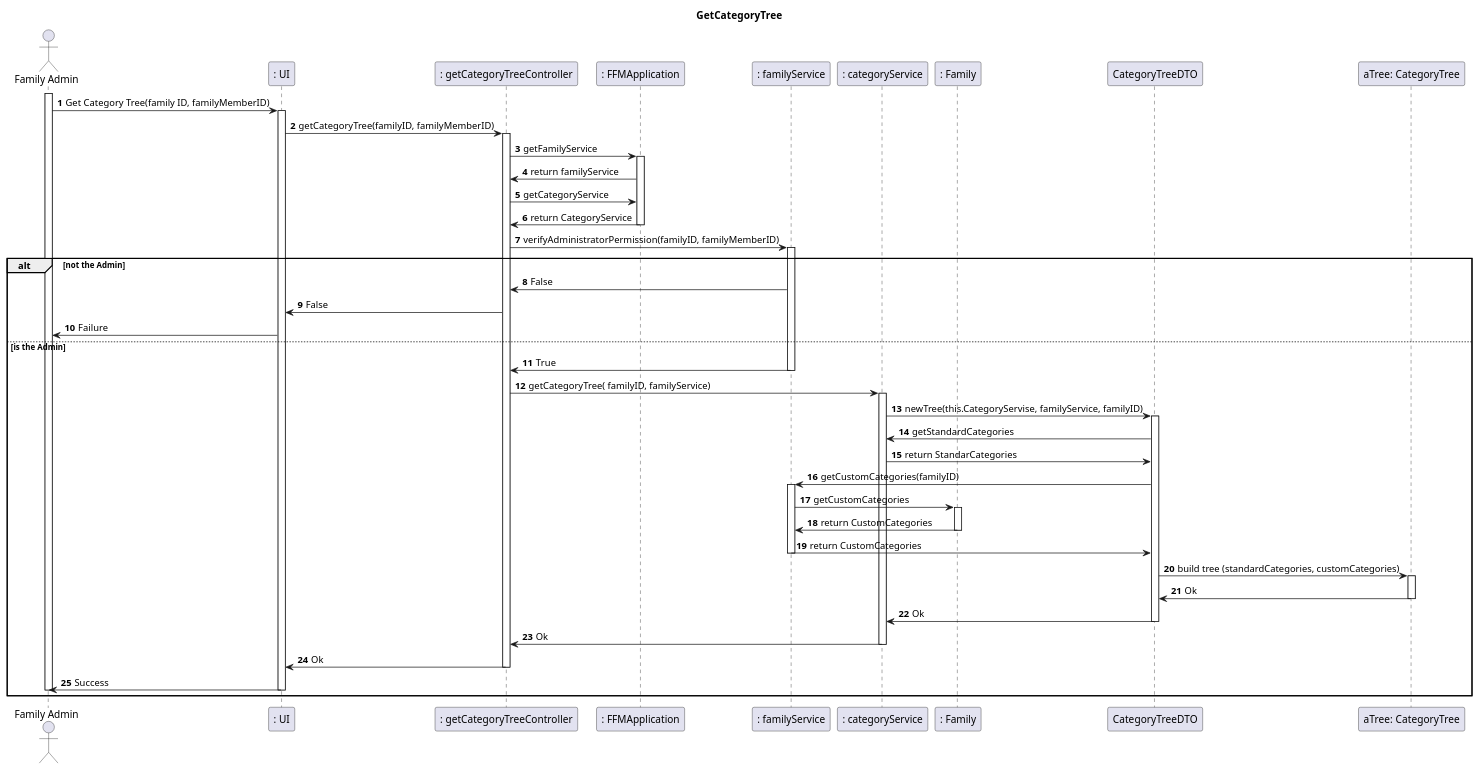
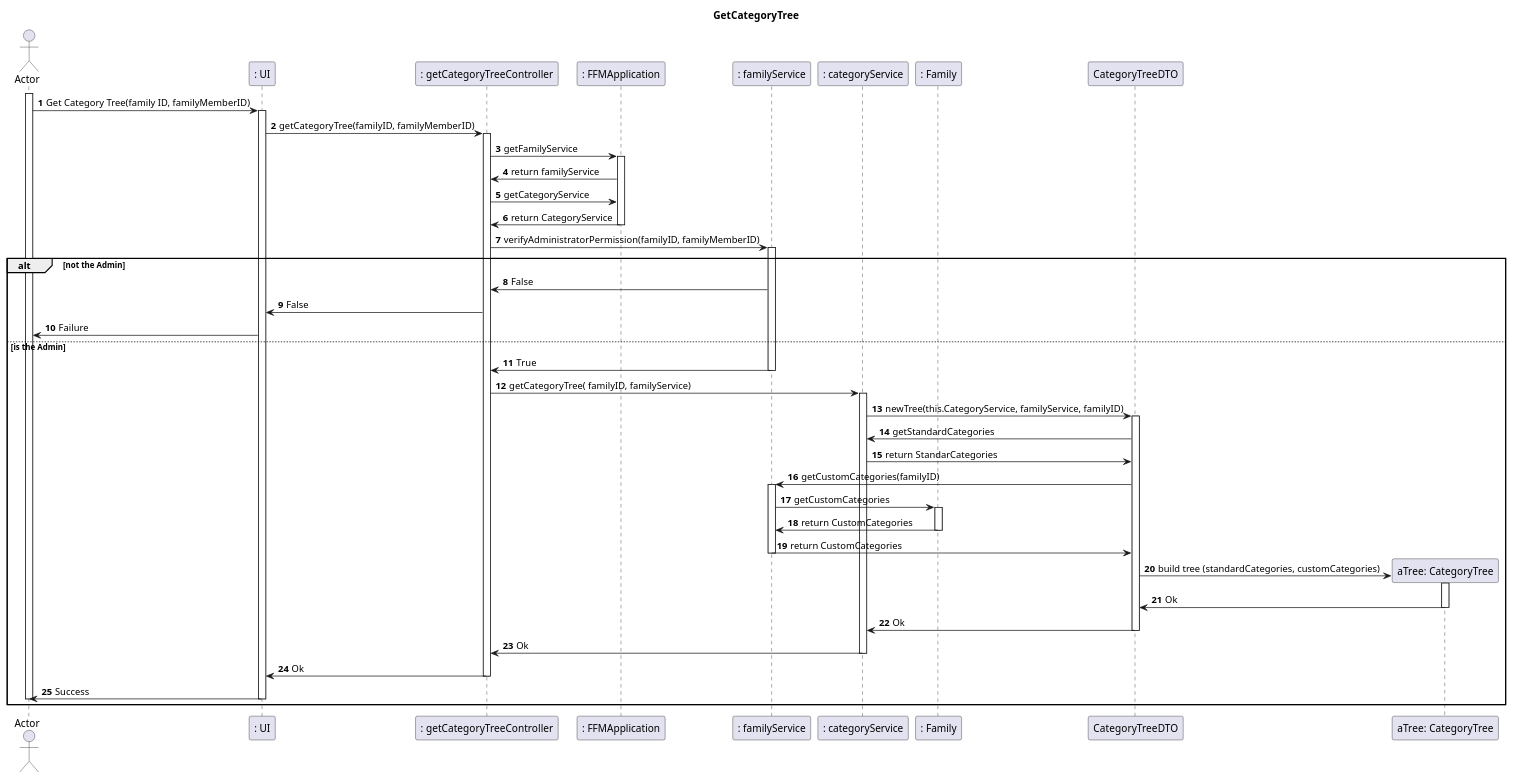
Before and after one commit to tomas-osswald/switch_2020_g3: the diagram in docs/sprint1/user_stories/US110_GetCategoryTree.md, drawn with PlantUML.

Commit message:
correction to US110_GetCategoryTree.md

`````diff
--- a/docs/sprint1/user_stories/US110_GetCategoryTree.md
+++ b/docs/sprint1/user_stories/US110_GetCategoryTree.md
@@ -36,68 +36,68 @@
 ````puml
 @startuml
 autonumber
 title GetCategoryTree
-actor "Family Admin" as actor
+actor "Actor" as actor
 participant ": UI" as UI
 participant ": getCategoryTreeController" as controller
 participant ": FFMApplication" as application
 participant ": familyService" as famservice
 participant ": categoryService" as catservice
 participant ": Family" as family
 participant "CategoryTreeDTO" as tree
 participant "aTree: CategoryTree" as atree
 
 activate actor
 actor -> UI: Get Category Tree(family ID, familyMemberID)
 activate UI
 UI -> controller: getCategoryTree(familyID, familyMemberID)
 activate controller
 controller -> application: getFamilyService
 activate application
 application -> controller: return familyService
 controller -> application: getCategoryService
 application -> controller: return CategoryService
 deactivate application
 controller -> famservice: verifyAdministratorPermission(familyID, familyMemberID)
 activate famservice
 
 alt not the Admin
     
     famservice -> controller: False
     controller-> UI: False
     UI-> actor: Failure
 
 else is the Admin    
     
     famservice -> controller: True
     deactivate famservice
     controller -> catservice: getCategoryTree( familyID, familyService)
     activate catservice
-    catservice -> tree: newTree(this.CategoryServise, familyService, familyID)
+    catservice -> tree: newTree(this.CategoryService, familyService, familyID)
     activate tree
     tree -> catservice: getStandardCategories
     catservice->tree: return StandarCategories
     tree-> famservice: getCustomCategories(familyID)
     activate famservice
     famservice -> family: getCustomCategories
     activate family
     family->famservice: return CustomCategories
     deactivate family
     famservice ->tree: return CustomCategories
     deactivate famservice
-    tree->atree: build tree (standardCategories, customCategories)
+    tree->atree**: build tree (standardCategories, customCategories)
     activate atree
     atree->tree: Ok
     deactivate atree
     tree->catservice:Ok
     deactivate tree
     catservice->controller:Ok
     deactivate catservice
     controller->UI: Ok
     deactivate controller
     UI->actor: Success
     deactivate UI
     deactivate actor
     end
 @enduml
 ````
`````
